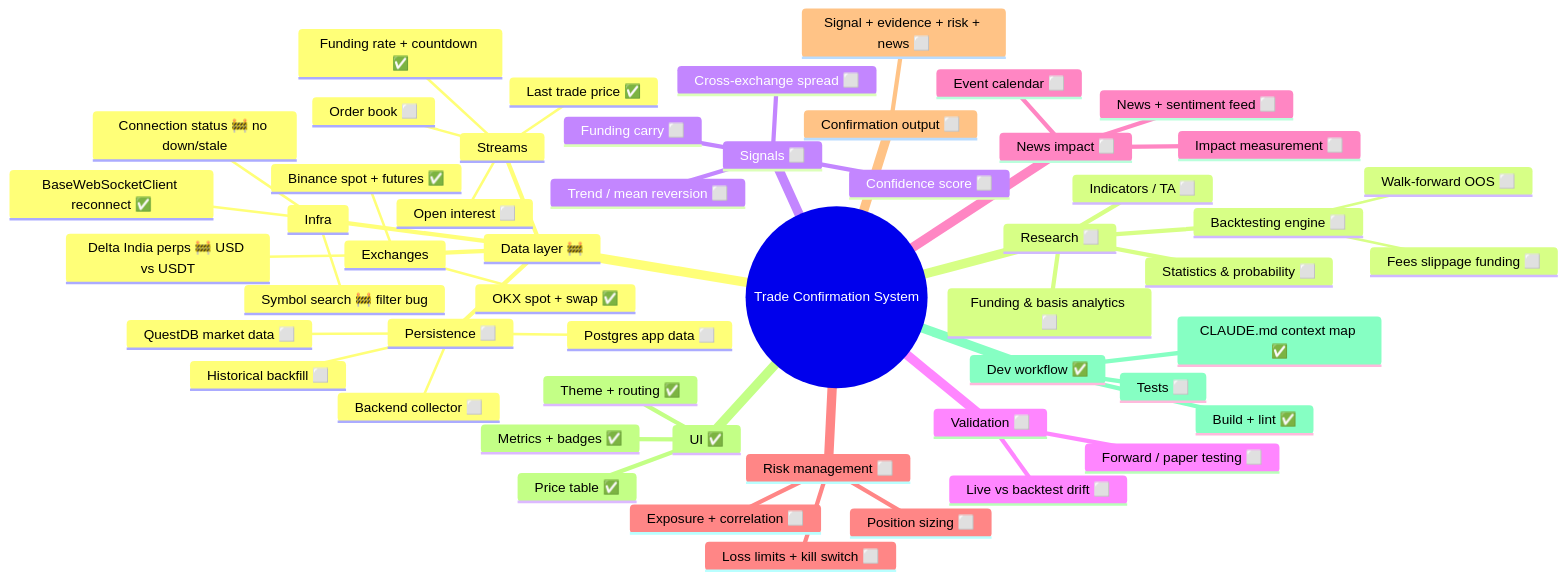
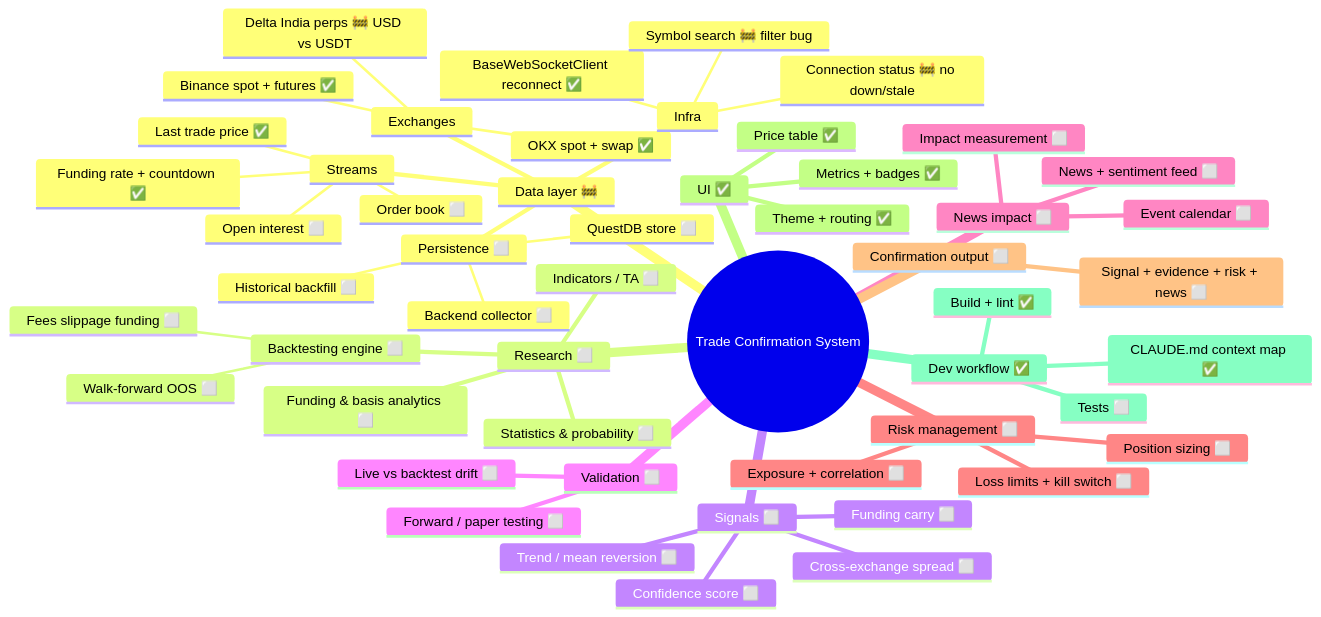
Before and after one commit to ADITYAGPT11/crypto_dashboard: the diagram in docs/context/MINDMAP.md, drawn with Mermaid. The commit also changed 8 other files, not shown here.

First line of the commit message:
Add target architecture doc: system design, folder layout, packages, tools

````diff
--- a/docs/context/MINDMAP.md
+++ b/docs/context/MINDMAP.md
@@ -7,56 +7,55 @@
 ```mermaid
 mindmap
   root((Trade Confirmation System))
     Data layer 🚧
       Exchanges
         Binance spot + futures ✅
         OKX spot + swap ✅
         Delta India perps 🚧 USD vs USDT
       Streams
         Last trade price ✅
         Funding rate + countdown ✅
         Order book ⬜
         Open interest ⬜
       Infra
         BaseWebSocketClient reconnect ✅
         Connection status 🚧 no down/stale
         Symbol search 🚧 filter bug
       Persistence ⬜
         Backend collector ⬜
-        QuestDB market data ⬜
-        Postgres app data ⬜
+        QuestDB store ⬜
         Historical backfill ⬜
     Research ⬜
       Indicators / TA ⬜
       Funding & basis analytics ⬜
       Statistics & probability ⬜
       Backtesting engine ⬜
         Fees slippage funding ⬜
         Walk-forward OOS ⬜
     Signals ⬜
       Funding carry ⬜
       Cross-exchange spread ⬜
       Trend / mean reversion ⬜
       Confidence score ⬜
     Validation ⬜
       Forward / paper testing ⬜
       Live vs backtest drift ⬜
     News impact ⬜
       News + sentiment feed ⬜
       Event calendar ⬜
       Impact measurement ⬜
     Risk management ⬜
       Position sizing ⬜
       Exposure + correlation ⬜
       Loss limits + kill switch ⬜
     Confirmation output ⬜
       Signal + evidence + risk + news ⬜
     UI ✅
       Price table ✅
       Metrics + badges ✅
       Theme + routing ✅
     Dev workflow ✅
       CLAUDE.md context map ✅
       Build + lint ✅
       Tests ⬜
 ```
````
